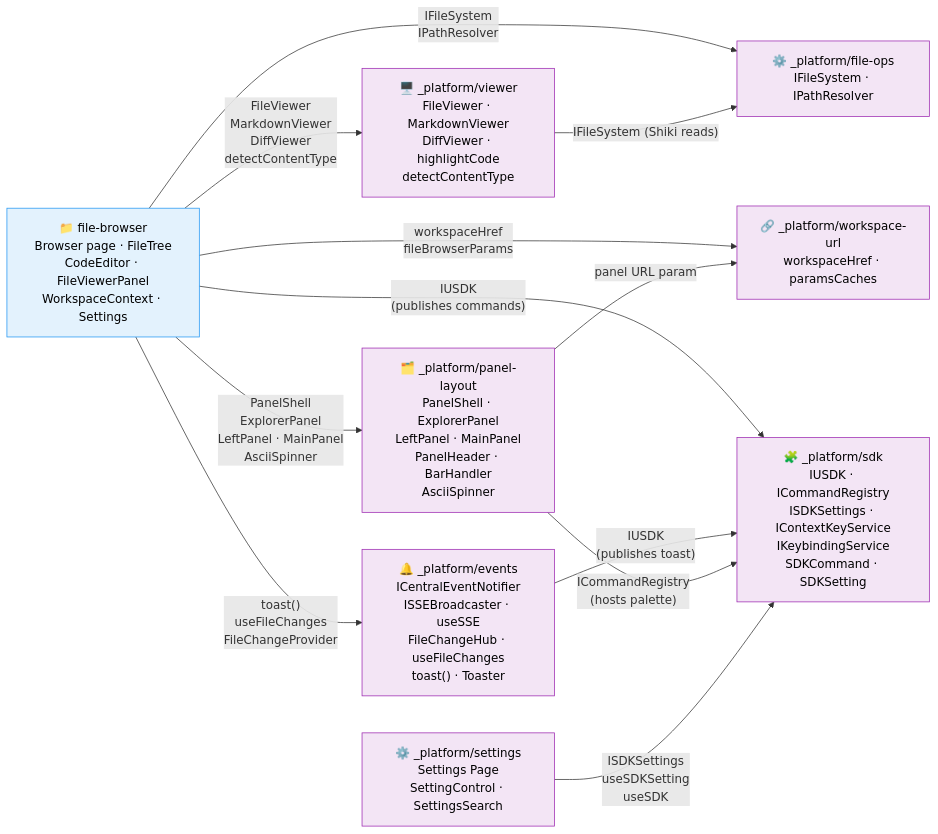
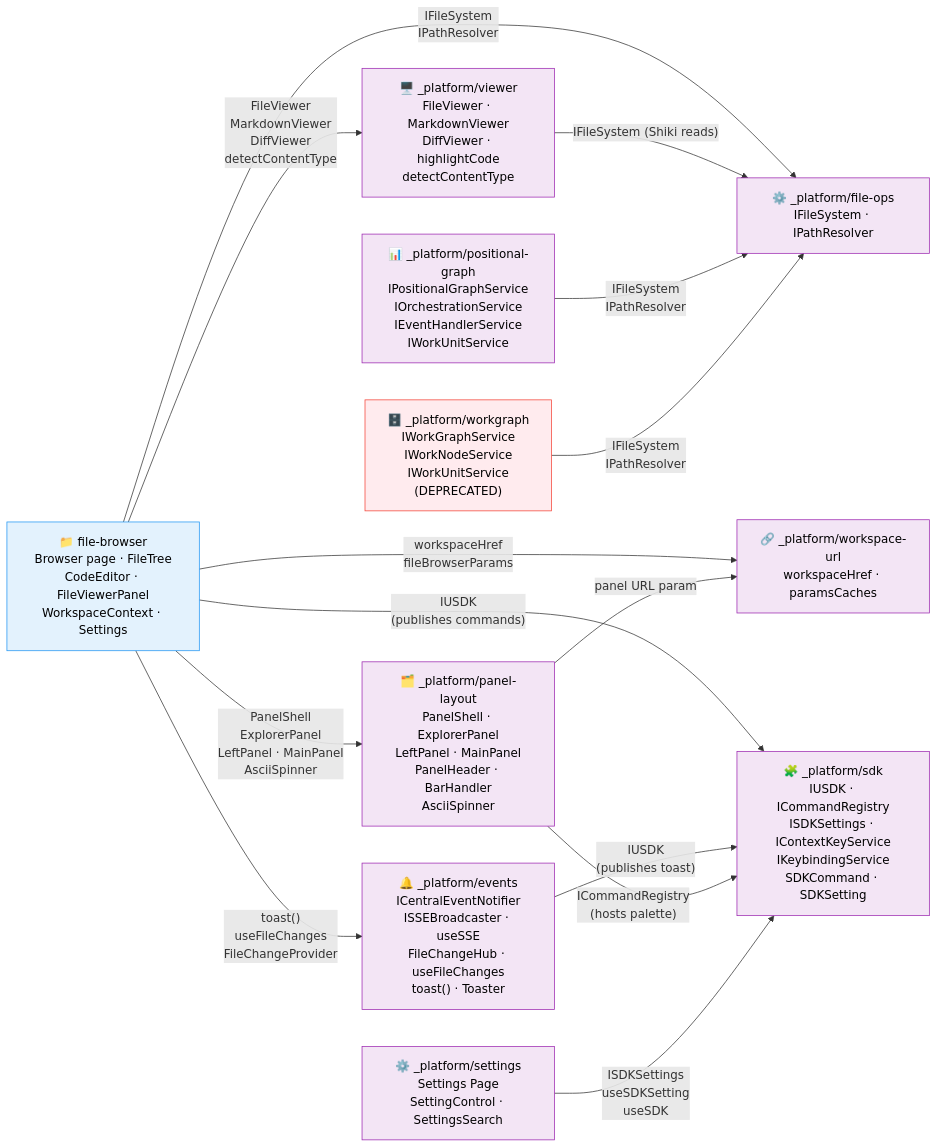
Before and after one commit to AI-Substrate/chainglass: the diagram in docs/domains/domain-map.md, drawn with Mermaid. The commit also changed other lines of this file and 24 other files, not shown here.

First line of the commit message:
Plan 048 Phase 1: Template/instance schemas, interfaces, fakes, contract tests

````diff
--- a/docs/domains/domain-map.md
+++ b/docs/domains/domain-map.md
@@ -6,32 +6,41 @@
 ```mermaid
 flowchart LR
     classDef business fill:#E3F2FD,stroke:#2196F3,color:#000
     classDef infra fill:#F3E5F5,stroke:#9C27B0,color:#000
+    classDef deprecated fill:#FFEBEE,stroke:#F44336,color:#000
 
     %% Infrastructure domains
     fileOps["⚙️ _platform/file-ops<br/>IFileSystem · IPathResolver"]:::infra
     wsUrl["🔗 _platform/workspace-url<br/>workspaceHref · paramsCaches"]:::infra
     viewer["🖥️ _platform/viewer<br/>FileViewer · MarkdownViewer<br/>DiffViewer · highlightCode<br/>detectContentType"]:::infra
     events["🔔 _platform/events<br/>ICentralEventNotifier<br/>ISSEBroadcaster · useSSE<br/>FileChangeHub · useFileChanges<br/>toast() · Toaster"]:::infra
     panels["🗂️ _platform/panel-layout<br/>PanelShell · ExplorerPanel<br/>LeftPanel · MainPanel<br/>PanelHeader · BarHandler<br/>AsciiSpinner"]:::infra
     sdk["🧩 _platform/sdk<br/>IUSDK · ICommandRegistry<br/>ISDKSettings · IContextKeyService<br/>IKeybindingService<br/>SDKCommand · SDKSetting"]:::infra
     settings["⚙️ _platform/settings<br/>Settings Page<br/>SettingControl · SettingsSearch"]:::infra
+    posGraph["📊 _platform/positional-graph<br/>IPositionalGraphService<br/>IOrchestrationService<br/>IEventHandlerService<br/>IWorkUnitService"]:::infra
+    workgraph["🗄️ _platform/workgraph<br/>IWorkGraphService<br/>IWorkNodeService<br/>IWorkUnitService<br/>(DEPRECATED)"]:::deprecated
 
     %% Business domains
     fileBrowser["📁 file-browser<br/>Browser page · FileTree<br/>CodeEditor · FileViewerPanel<br/>WorkspaceContext · Settings"]:::business
 
     %% Contract dependencies (consumer → provider)
     fileBrowser -->|"IFileSystem<br/>IPathResolver"| fileOps
     fileBrowser -->|"workspaceHref<br/>fileBrowserParams"| wsUrl
     fileBrowser -->|"FileViewer<br/>MarkdownViewer<br/>DiffViewer<br/>detectContentType"| viewer
     fileBrowser -->|"toast()<br/>useFileChanges<br/>FileChangeProvider"| events
     fileBrowser -->|"PanelShell<br/>ExplorerPanel<br/>LeftPanel · MainPanel<br/>AsciiSpinner"| panels
     panels -->|"panel URL param"| wsUrl
     viewer -->|"IFileSystem (Shiki reads)"| fileOps
 
     %% SDK consumed by publishing domains
     fileBrowser -->|"IUSDK<br/>(publishes commands)"| sdk
     events -->|"IUSDK<br/>(publishes toast)"| sdk
     panels -->|"ICommandRegistry<br/>(hosts palette)"| sdk
     settings -->|"ISDKSettings<br/>useSDKSetting<br/>useSDK"| sdk
+
+    %% Positional graph dependencies
+    posGraph -->|"IFileSystem<br/>IPathResolver"| fileOps
+
+    %% Legacy workgraph dependencies
+    workgraph -->|"IFileSystem<br/>IPathResolver"| fileOps
 ```
````
